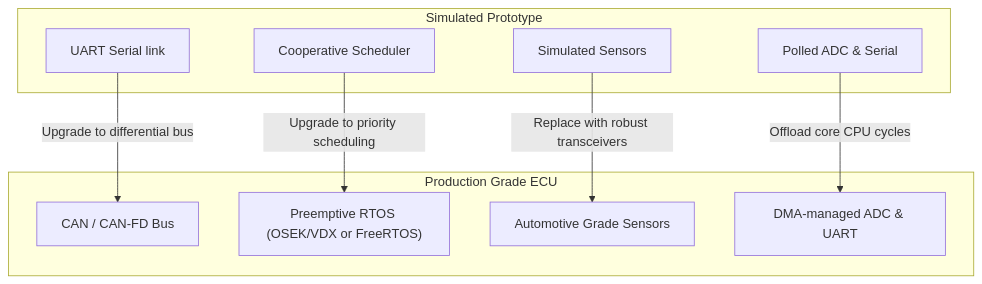
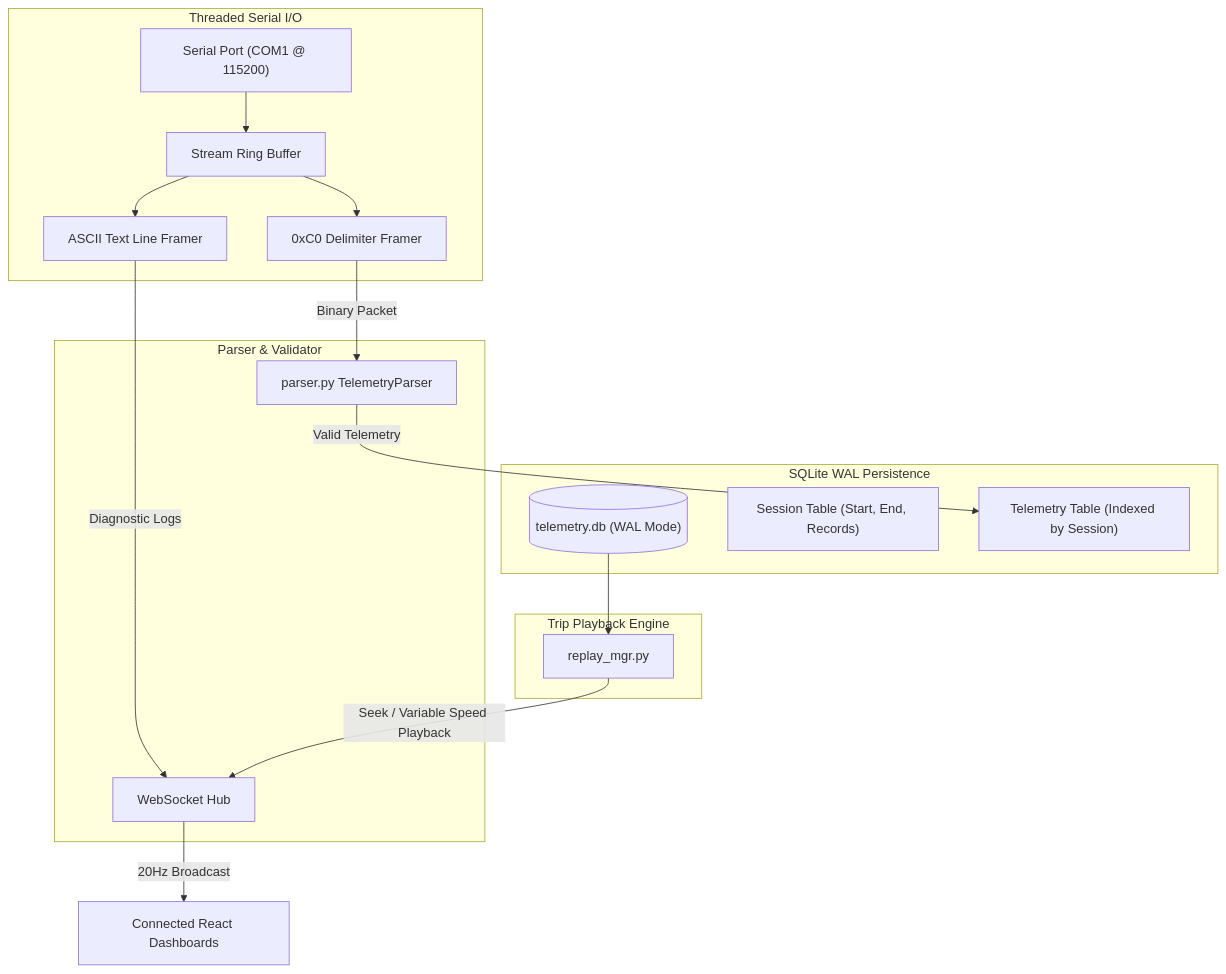
One commit to ahana4banerjee/ev_adas_dashboard changed the seventh of 8 diagrams in ARCHITECTURE.md. Above: the diagram before and after it, drawn with Mermaid. The commit also changed other lines of this file, not shown here.

First line of the commit message:
docs(arch): overhaul technical architecture specification for Version 2 Phase 2

````diff
--- a/ARCHITECTURE.md
+++ b/ARCHITECTURE.md
@@ -503,21 +401,34 @@
 ```mermaid
-graph TD
-    subgraph Prototype ["Simulated Prototype"]
-        UART["UART Serial link"]
-        Sched["Cooperative Scheduler"]
-        Sim_S["Simulated Sensors"]
-        Poll_A["Polled ADC & Serial"]
+flowchart TD
+    subgraph Serial_Pipeline ["Threaded Serial I/O"]
+        PORT["Serial Port (COM1 @ 115200)"]
+        RING_BUF["Stream Ring Buffer"]
+        SLIP_EXTRACT["0xC0 Delimiter Framer"]
+        ASCII_EXTRACT["ASCII Text Line Framer"]
+
+        PORT --> RING_BUF
+        RING_BUF --> SLIP_EXTRACT & ASCII_EXTRACT
     end
 
-    subgraph Production ["Production Grade ECU"]
-        CAN["CAN / CAN-FD Bus"]
-        OS["Preemptive RTOS (OSEK/VDX or FreeRTOS)"]
-        Sens["Automotive Grade Sensors"]
-        DMA["DMA-managed ADC & UART"]
+    subgraph Parsing_Engine ["Parser & Validator"]
+        PARSER["parser.py TelemetryParser"]
+        SLIP_EXTRACT -->|Binary Packet| PARSER
+        ASCII_EXTRACT -->|Diagnostic Logs| WS_BROADCAST["WebSocket Hub"]
     end
 
-    UART -->|Upgrade to differential bus| CAN
-    Sched -->|Upgrade to priority scheduling| OS
-    Sim_S -->|Replace with robust transceivers| Sens
-    Poll_A -->|Offload core CPU cycles| DMA
+    subgraph Storage_Engine ["SQLite WAL Persistence"]
+        DB[("telemetry.db (WAL Mode)")]
+        SESSIONS["Session Table (Start, End, Records)"]
+        LOGS["Telemetry Table (Indexed by Session)"]
+        
+        PARSER -->|Valid Telemetry| LOGS
+    end
+
+    subgraph Replay_Engine ["Trip Playback Engine"]
+        REPLAY["replay_mgr.py"]
+        DB --> REPLAY
+        REPLAY -->|Seek / Variable Speed Playback| WS_BROADCAST
+    end
+
+    WS_BROADCAST -->|20Hz Broadcast| CLIENTS["Connected React Dashboards"]
 ```
````
